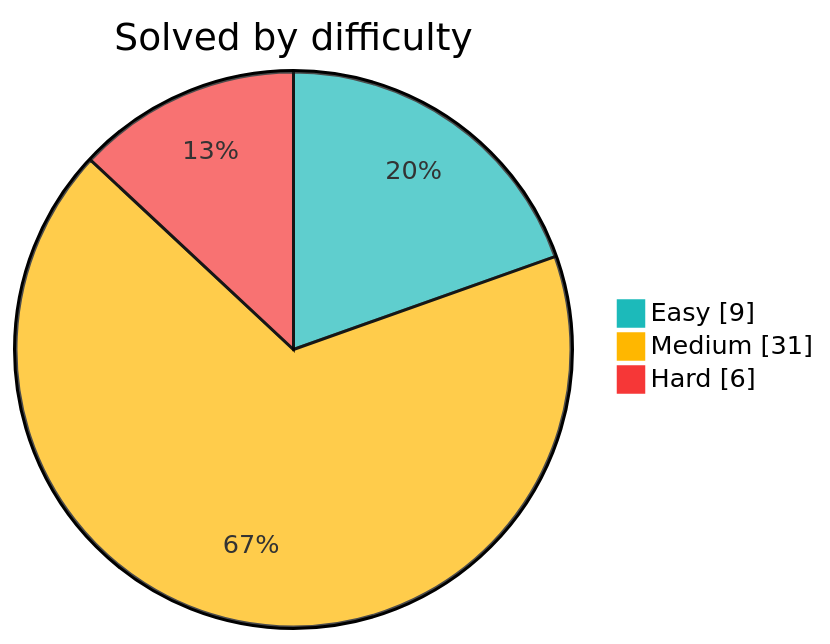
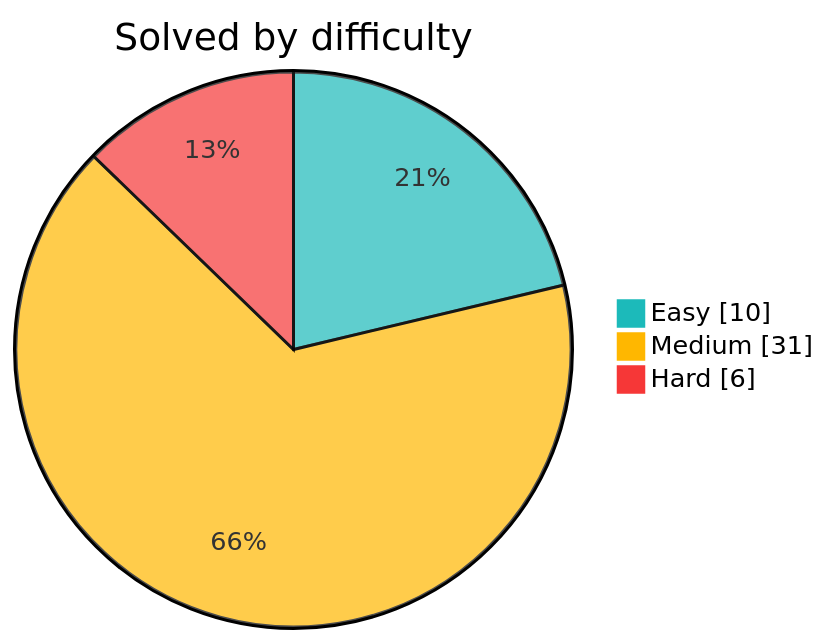
Before and after one commit to Sekler09/algorithms: the diagram in README.md, drawn with Mermaid. The commit also changed other lines of this file and 3 other files, not shown here.

````diff
--- a/README.md
+++ b/README.md
@@ -9,8 +9,8 @@
 ```mermaid
 %%{init: {"themeVariables": {"pie1": "#1cbaba", "pie2": "#ffb700", "pie3": "#f63737"}}}%%
 pie showData
     title Solved by difficulty
-    "Easy" : 9
+    "Easy" : 10
     "Medium" : 31
     "Hard" : 6
 ```
````
